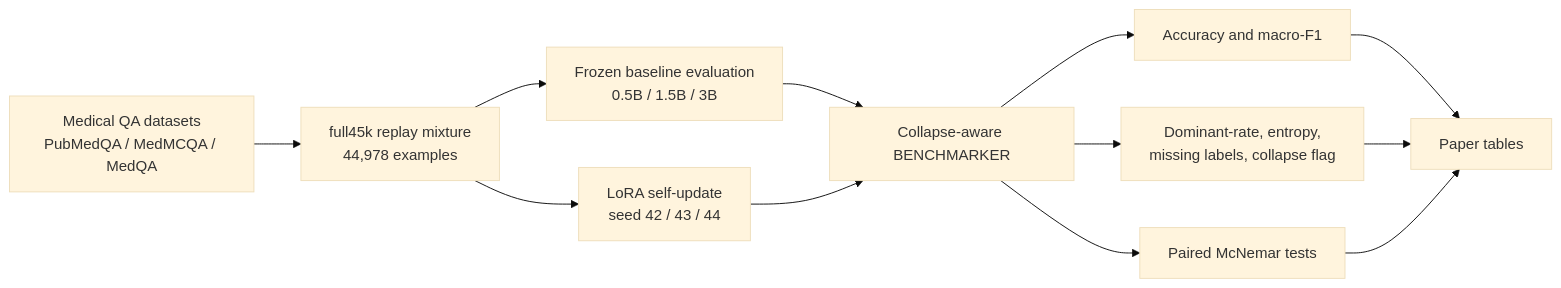
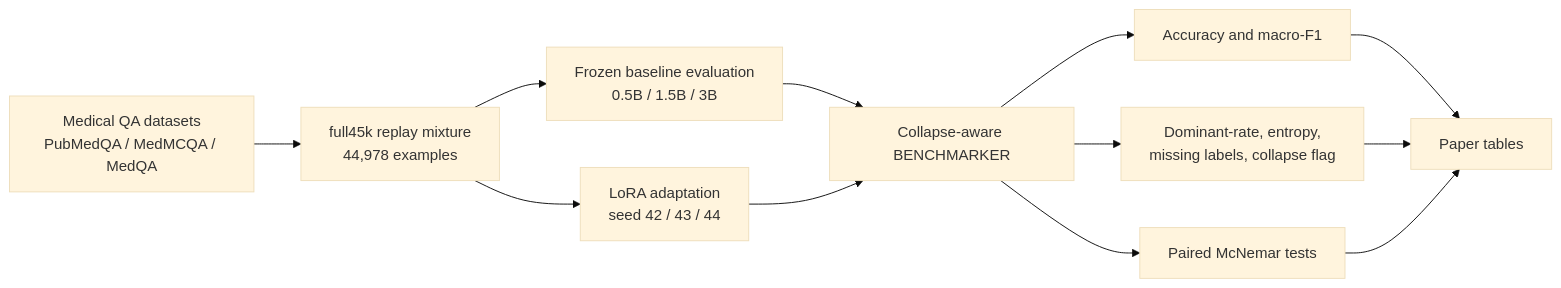
One commit to 123hzq321/collapse-aware-medical-lora-adaptation changed the first of 2 diagrams in paper/figures.md. Above: the diagram before and after it, drawn with Mermaid (base theme). The commit also changed other lines of this file and 67 other files, not shown here.

````diff
--- a/paper/figures.md
+++ b/paper/figures.md
@@ -5,14 +5,14 @@
 ```mermaid
 flowchart LR
     A["Medical QA datasets<br/>PubMedQA / MedMCQA / MedQA"] --> B["full45k replay mixture<br/>44,978 examples"]
     B --> C["Frozen baseline evaluation<br/>0.5B / 1.5B / 3B"]
-    B --> D["LoRA self-update<br/>seed 42 / 43 / 44"]
+    B --> D["LoRA adaptation<br/>seed 42 / 43 / 44"]
     C --> E["Collapse-aware BENCHMARKER"]
     D --> E
     E --> F["Accuracy and macro-F1"]
     E --> G["Dominant-rate, entropy,<br/>missing labels, collapse flag"]
     E --> H["Paired McNemar tests"]
     F --> I["Paper tables"]
     G --> I
     H --> I
 ```
````
